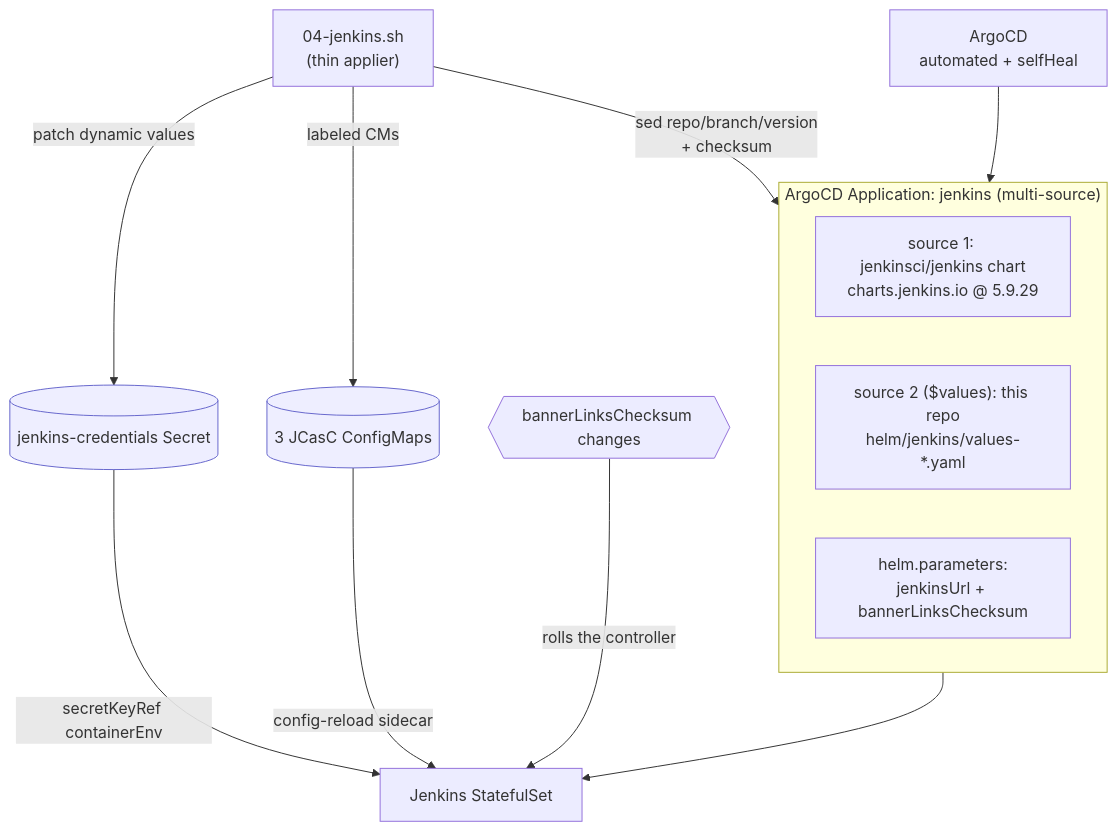
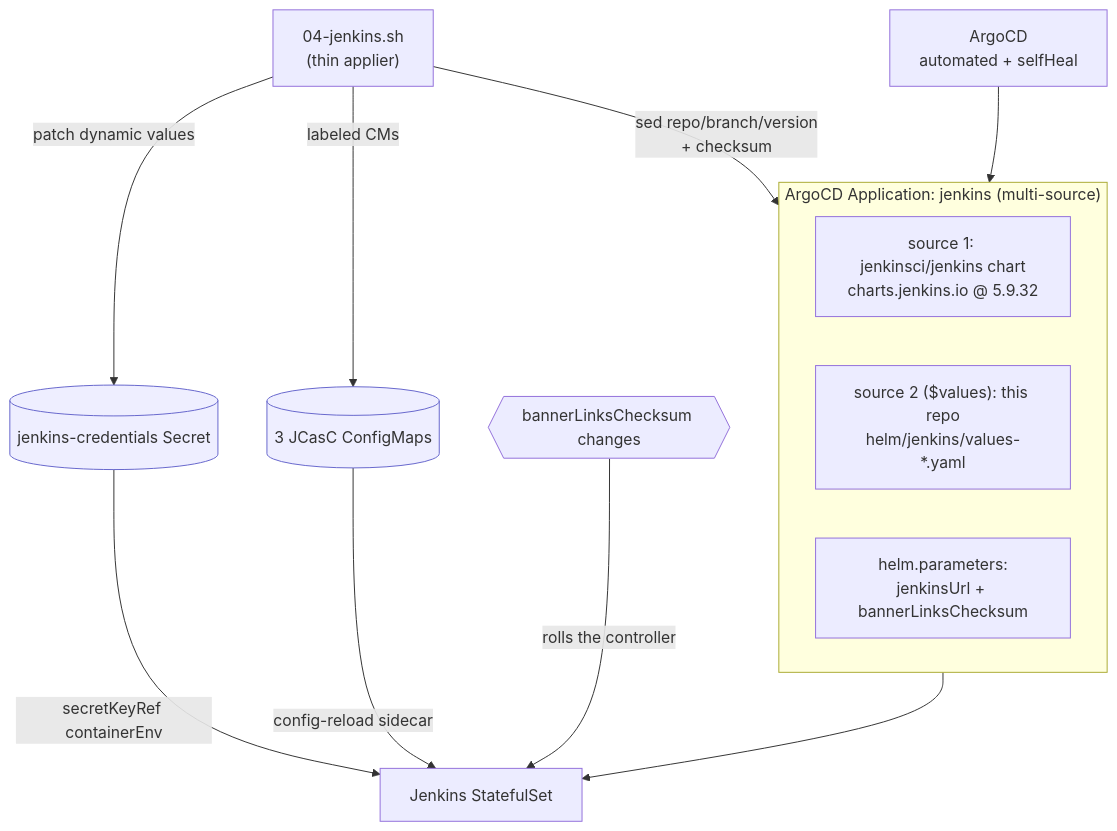
The ninth of 10 diagrams in docs/401-JENKINS.md (nubenetes/jenkins-2026), drawn with Mermaid before and after one commit. The commit also changed other lines of this file and 14 other files, not shown here.

````diff
--- a/docs/401-JENKINS.md
+++ b/docs/401-JENKINS.md
@@ -470,18 +470,18 @@
 ```mermaid
 flowchart TB
   subgraph app["ArgoCD Application: jenkins (multi-source)"]
-    s1["source 1: jenkinsci/jenkins chart<br/>charts.jenkins.io @ 5.9.29"]
+    s1["source 1: jenkinsci/jenkins chart<br/>charts.jenkins.io @ 5.9.32"]
     s2["source 2 ($values): this repo<br/>helm/jenkins/values-*.yaml"]
     s3["helm.parameters:<br/>jenkinsUrl + bannerLinksChecksum"]
   end
   s04["04-jenkins.sh<br/>(thin applier)"] -->|sed repo/branch/version<br/>+ checksum| app
   s04 -->|patch dynamic values| sec[(jenkins-credentials Secret)]
   s04 -->|labeled CMs| cms[(3 JCasC ConfigMaps)]
   argocd[ArgoCD<br/>automated + selfHeal] --> app
   app --> sts[Jenkins StatefulSet]
   sec -->|secretKeyRef containerEnv| sts
   cms -->|config-reload sidecar| sts
   chk{{bannerLinksChecksum changes}} -->|rolls the controller| sts
   classDef store fill:#eef,stroke:#66c;
   class sec,cms store;
 ```
````
